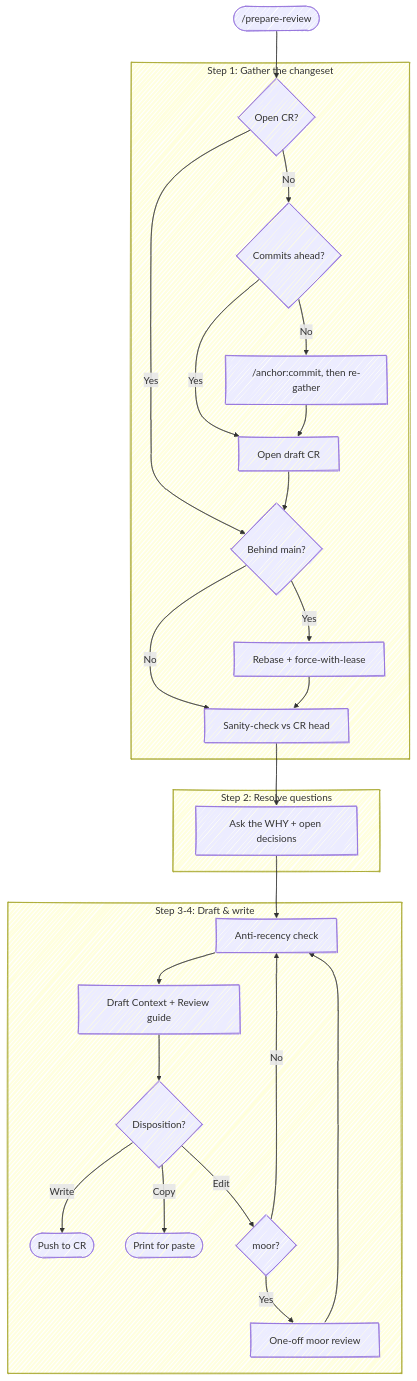
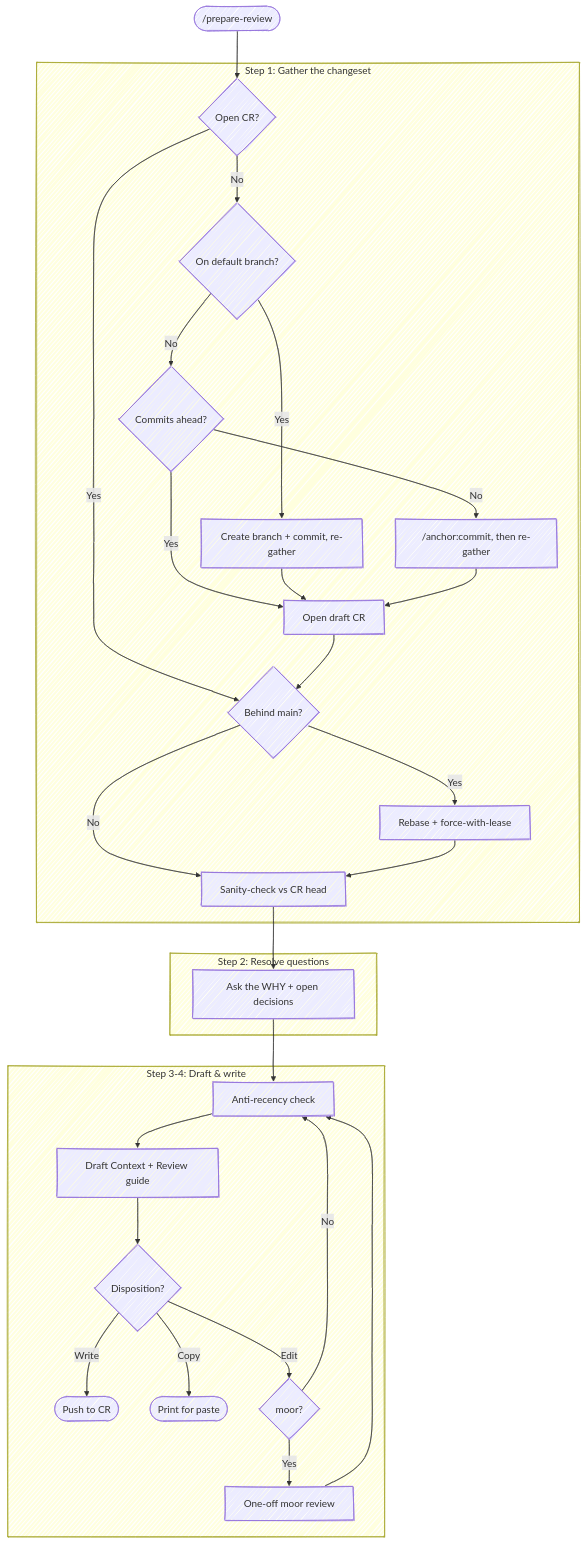
Before and after one commit to chris-peterson/anchor: the diagram in skills/prepare-review/SKILL.md, drawn with Mermaid. The commit also changed other lines of this file and 3 other files, not shown here.

First line of the commit message:
Make commit and prepare-review usable from any git state (#17)

````diff
--- a/skills/prepare-review/SKILL.md
+++ b/skills/prepare-review/SKILL.md
@@ -17,33 +17,36 @@
 ```mermaid
 %%{ init: { 'look': 'handDrawn' } }%%
 flowchart TD
     Start(["/prepare-review"]) --> CR{Open CR?}
 
     subgraph "Step 1: Gather the changeset"
-        CR -->|No| Ahead{Commits ahead?}
+        CR -->|No| OnDefault{On default branch?}
         CR -->|Yes| Behind
+        OnDefault -->|Yes| Branch["Create branch + commit, re-gather"]
+        OnDefault -->|No| Ahead{Commits ahead?}
         Ahead -->|No| Commit["/anchor:commit, then re-gather"]
         Ahead -->|Yes| MakeCR["Open draft CR"]
+        Branch --> MakeCR
         Commit --> MakeCR
         MakeCR --> Behind{Behind main?}
         Behind -->|Yes| DoRebase["Rebase + force-with-lease"]
         Behind -->|No| StateCheck
         DoRebase --> StateCheck["Sanity-check vs CR head"]
     end
 
     subgraph "Step 2: Resolve questions"
         StateCheck --> Why["Ask the WHY + open decisions"]
     end
 
     subgraph "Step 3-4: Draft & write"
         Why --> Recency["Anti-recency check"]
         Recency --> Draft["Draft Context + Review guide"]
         Draft --> Out{Disposition?}
         Out -->|Write| Forge(["Push to CR"])
         Out -->|Copy| CopyOnly(["Print for paste"])
         Out -->|Edit| EditCh{moor?}
         EditCh -->|Yes| Moor["One-off moor review"]
         EditCh -->|No| Recency
         Moor --> Recency
     end
 ```
````
